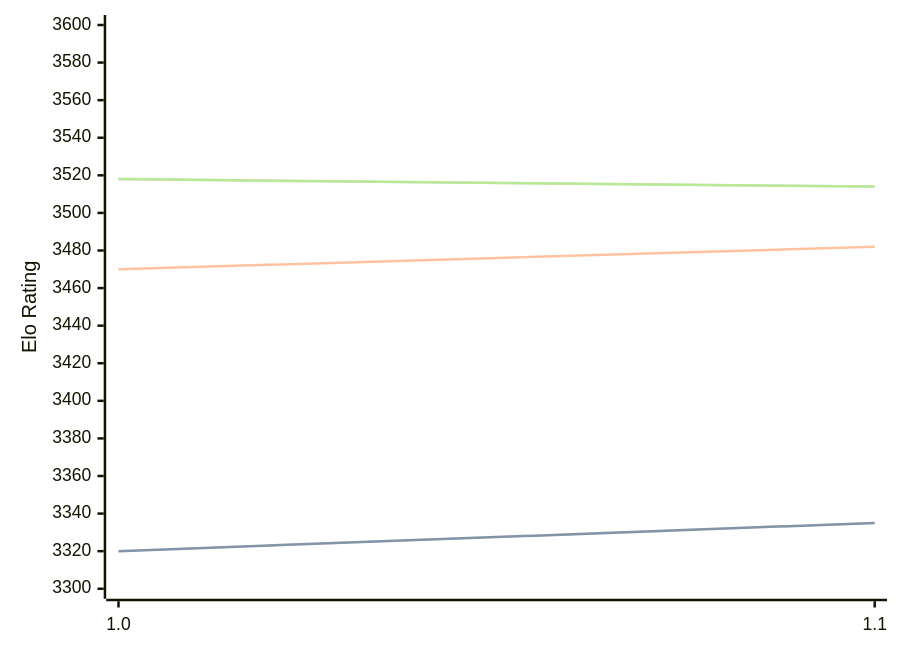
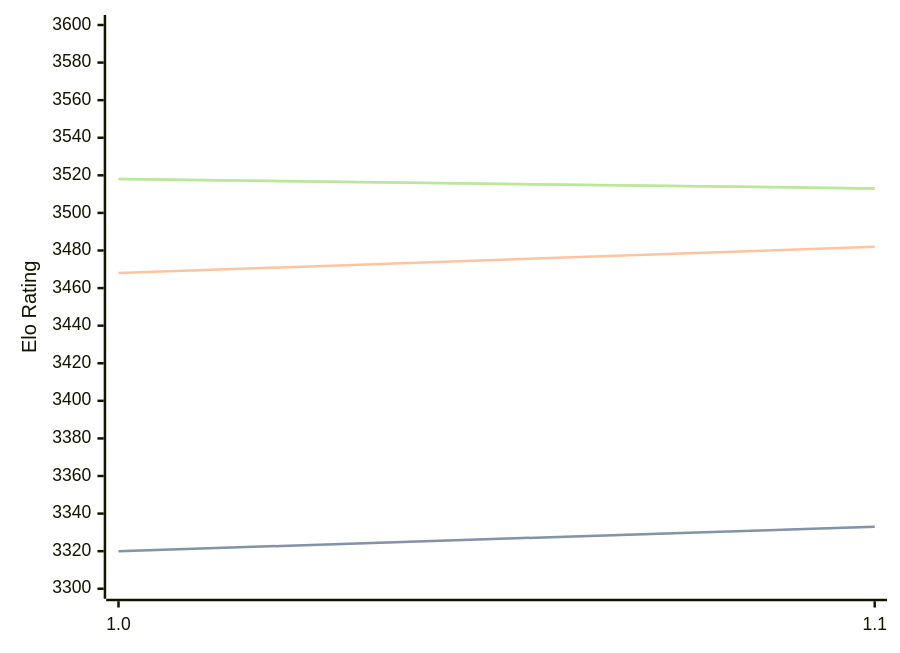
One commit to computer-chess-index/cci changed the first of 3 diagrams in engines/Horsie.md. Above: the diagram before and after it, drawn with Mermaid. The commit also changed other lines of this file, not shown here.

Commit message:
Update CCI Ratings (ELO VLTC) - 2026-06-19

````diff
--- a/engines/Horsie.md
+++ b/engines/Horsie.md
@@ -32,11 +32,11 @@
 ```mermaid
 %%{init: {"theme":"base","themeVariables":{"seriesColors:['#a3a3a3','#222221','#faa371']}}}%%
 xychart-beta
   x-axis ["1.0", "1.1"]
   y-axis "Elo Rating" 3300 --> 3600
-  line "STC (8.0+0.08s)" [3320, 3335]
-  line "STC (8.0+0.08s)" [3320, 3335]
-  line "LTC (60.0+0.60s)" [3470, 3482]
-  line "VLTC (2m24s+1.12s)" [3518, 3514]
-  line "VLTC (2m24s+1.12s)" [3518, 3514]
+  line "STC (8.0+0.08s)" [3320, 3333]
+  line "STC (8.0+0.08s)" [3320, 3333]
+  line "LTC (60.0+0.60s)" [3468, 3482]
+  line "VLTC (2m24s+1.12s)" [3518, 3513]
+  line "VLTC (2m24s+1.12s)" [3518, 3513]
 ```
````
